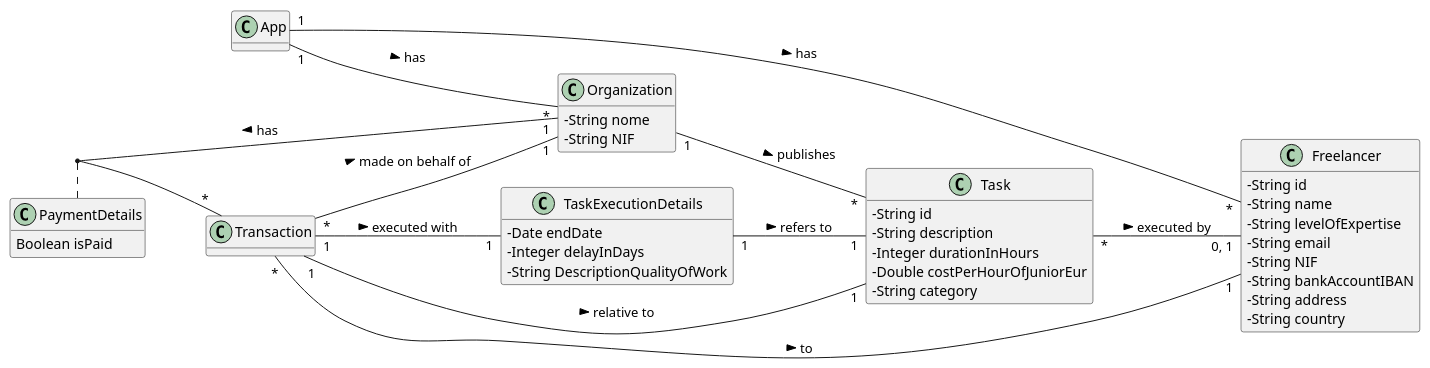
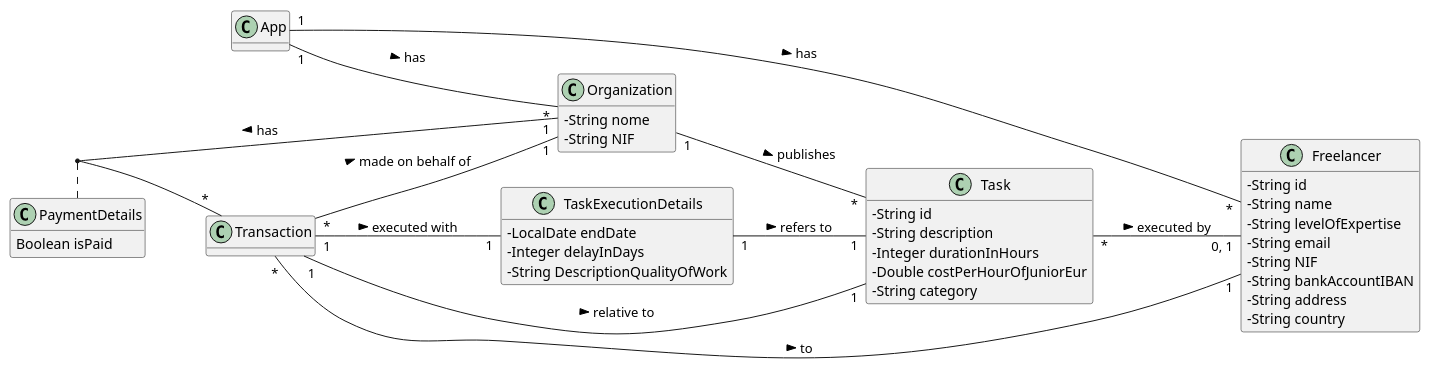
Before and after one commit to botelho-io/lapr2-2020-g029: the diagram in docs/UC_01/MD.puml, drawn with PlantUML. The commit also changed 12 other files, not shown here.

```diff
--- a/docs/UC_01/MD.puml
+++ b/docs/UC_01/MD.puml
@@ -1,59 +1,59 @@
 @startuml MD
 skinparam classAttributeIconSize 0
 hide methods
 left to right direction
 
 
 class App {
 }
 
 class Organization {
         - String nome
         - String NIF
 }
 
 class Transaction {
 }
 
 class Task {
         - String id
         - String description
         - Integer durationInHours
         - Double costPerHourOfJuniorEur
         - String category
 }
 
 class PaymentDetails {
         Boolean isPaid
 }
 
 class TaskExecutionDetails {
-        - Date endDate
+        - LocalDate endDate
         - Integer delayInDays
         - String DescriptionQualityOfWork
 }
 
 class Freelancer {
         - String id
         - String name
         - String levelOfExpertise
         - String email
         - String NIF
         - String bankAccountIBAN
         - String address
         - String country
 }
 
 Transaction                  "1" -- "1"      Task                      : relative to >
 Transaction                  "*" -- "1"      Freelancer                : to >
 Transaction                  "*" -- "1"      Organization              : made on behalf of >
 Transaction                  "1" -- "1"      TaskExecutionDetails      : executed with >
 TaskExecutionDetails         "1" -- "1"      Task                      : refers to >
 Organization                 "1" -- "*"      Task                      : publishes >
 Organization                 "1" -- "*"      Transaction               : has >
 Task                         "*" -- "0, 1"   Freelancer                : executed by >
 App                          "1" -- "*"      Organization              : has >
 App                          "1" -- "*"      Freelancer                : has >
 (Organization, Transaction)      ..          PaymentDetails
 
 @enduml
```
